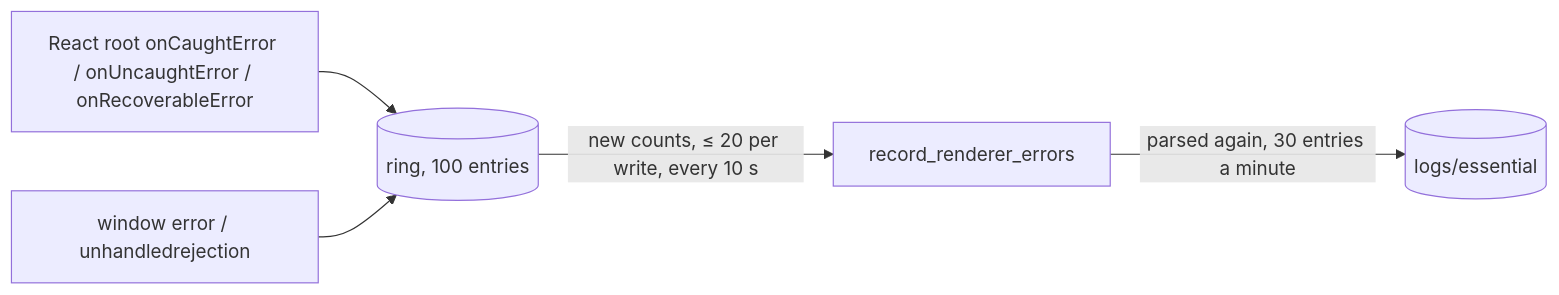
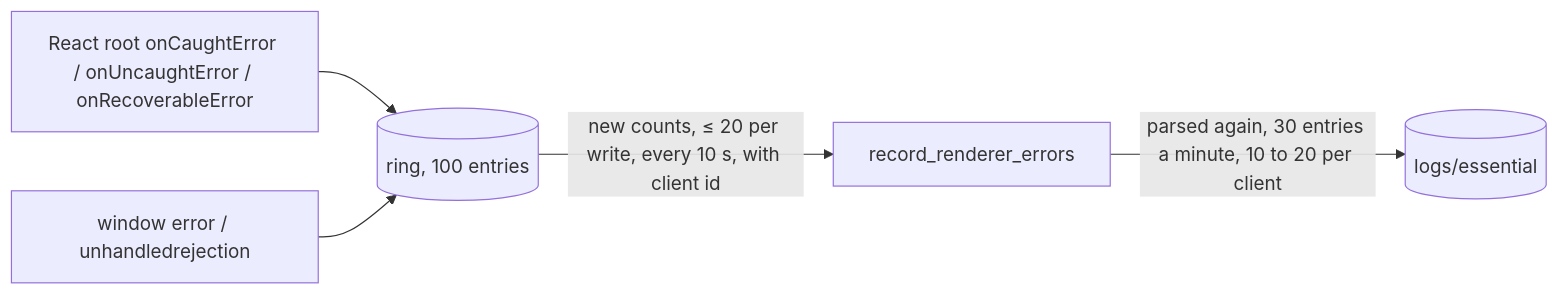
Before and after one commit to orkestrator-ai/orkestrator-v2: the second of 6 diagrams in docs/architecture/logging.md, drawn with Mermaid. The commit also changed other lines of this file and 49 other files, not shown here.

````diff
--- a/docs/architecture/logging.md
+++ b/docs/architecture/logging.md
@@ -671,7 +672,7 @@
 ```mermaid
 flowchart LR
   B["React root onCaughtError / onUncaughtError / onRecoverableError"] --> R[(ring, 100 entries)]
   W["window error / unhandledrejection"] --> R
-  R -->|"new counts, ≤ 20 per write, every 10 s"| C["record_renderer_errors"]
-  C -->|"parsed again, 30 entries a minute"| E[(logs/essential)]
+  R -->|"new counts, ≤ 20 per write, every 10 s, with client id"| C["record_renderer_errors"]
+  C -->|"parsed again, 30 entries a minute, 10 to 20 per client"| E[(logs/essential)]
 ```
````
